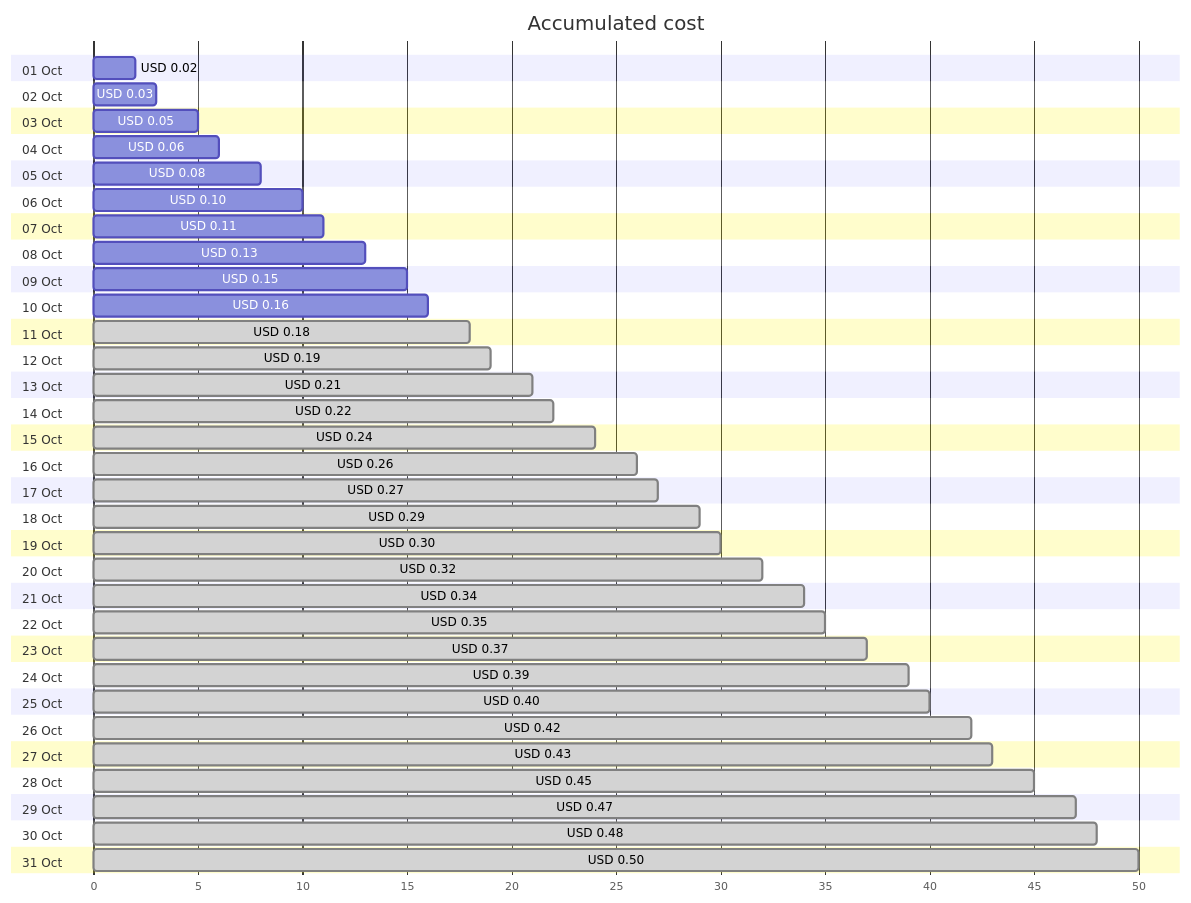
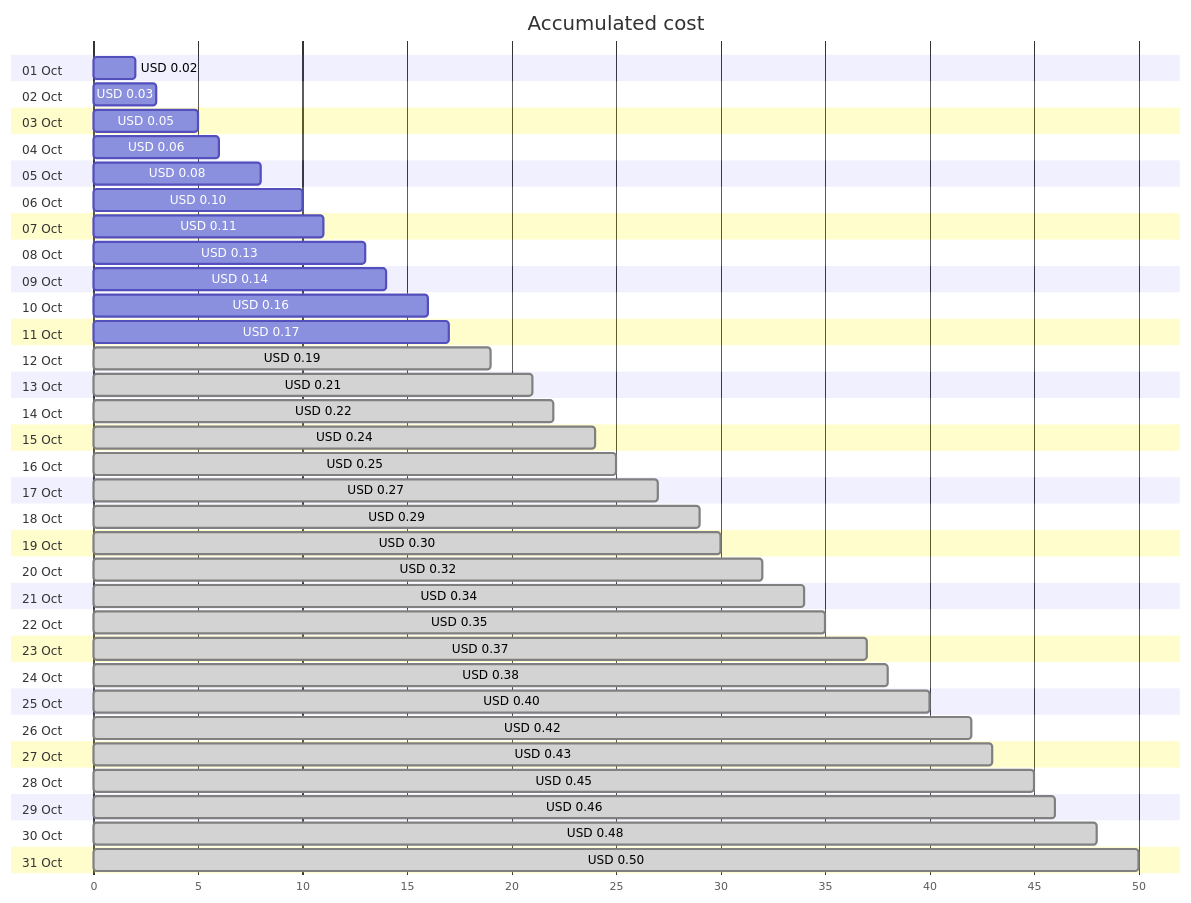
The first of 4 diagrams in cost-reports/personal-network/private.jpatrickfulton.com.md (jpfulton/azure-personal-reports), drawn with Mermaid before and after one commit. The commit also changed other lines of this file and 8 other files, not shown here.

````diff
--- a/cost-reports/personal-network/private.jpatrickfulton.com.md
+++ b/cost-reports/personal-network/private.jpatrickfulton.com.md
@@ -20,68 +20,68 @@
 ```mermaid
 gantt
    title Accumulated cost
    dateFormat  X
    axisFormat %s
    section 01 Oct
    USD 0.02 :0, 2
    section 02 Oct
    USD 0.03 :0, 3
    section 03 Oct
    USD 0.05 :0, 5
    section 04 Oct
    USD 0.06 :0, 6
    section 05 Oct
    USD 0.08 :0, 8
    section 06 Oct
    USD 0.10 :0, 10
    section 07 Oct
    USD 0.11 :0, 11
    section 08 Oct
    USD 0.13 :0, 13
    section 09 Oct
-   USD 0.15 :0, 15
+   USD 0.14 :0, 14
    section 10 Oct
    USD 0.16 :0, 16
    section 11 Oct
-   USD 0.18 : done, 0, 18
+   USD 0.17 :0, 17
    section 12 Oct
    USD 0.19 : done, 0, 19
    section 13 Oct
    USD 0.21 : done, 0, 21
    section 14 Oct
    USD 0.22 : done, 0, 22
    section 15 Oct
    USD 0.24 : done, 0, 24
    section 16 Oct
-   USD 0.26 : done, 0, 26
+   USD 0.25 : done, 0, 25
    section 17 Oct
    USD 0.27 : done, 0, 27
    section 18 Oct
    USD 0.29 : done, 0, 29
    section 19 Oct
    USD 0.30 : done, 0, 30
    section 20 Oct
    USD 0.32 : done, 0, 32
    section 21 Oct
    USD 0.34 : done, 0, 34
    section 22 Oct
    USD 0.35 : done, 0, 35
    section 23 Oct
    USD 0.37 : done, 0, 37
    section 24 Oct
-   USD 0.39 : done, 0, 39
+   USD 0.38 : done, 0, 38
    section 25 Oct
    USD 0.40 : done, 0, 40
    section 26 Oct
    USD 0.42 : done, 0, 42
    section 27 Oct
    USD 0.43 : done, 0, 43
    section 28 Oct
    USD 0.45 : done, 0, 45
    section 29 Oct
-   USD 0.47 : done, 0, 47
+   USD 0.46 : done, 0, 46
    section 30 Oct
    USD 0.48 : done, 0, 48
    section 31 Oct
    USD 0.50 : done, 0, 50
 ```
````
